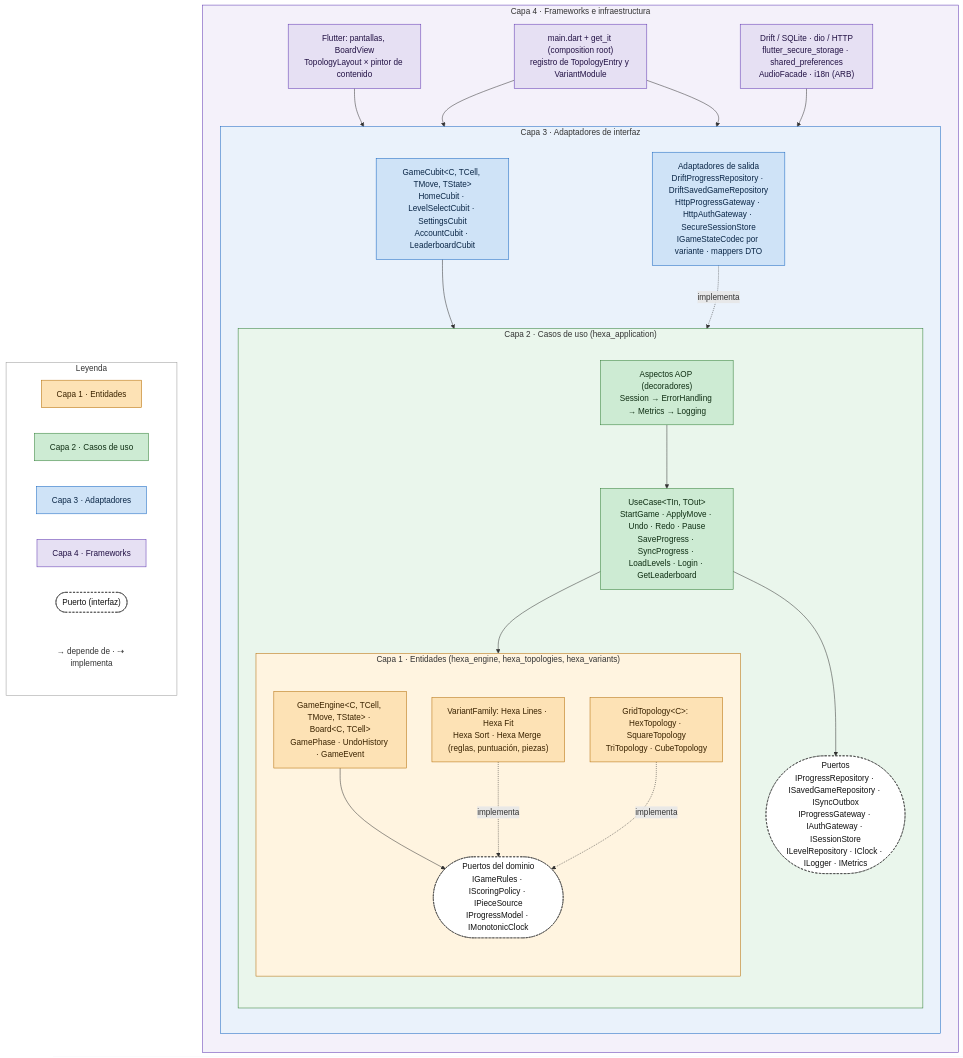
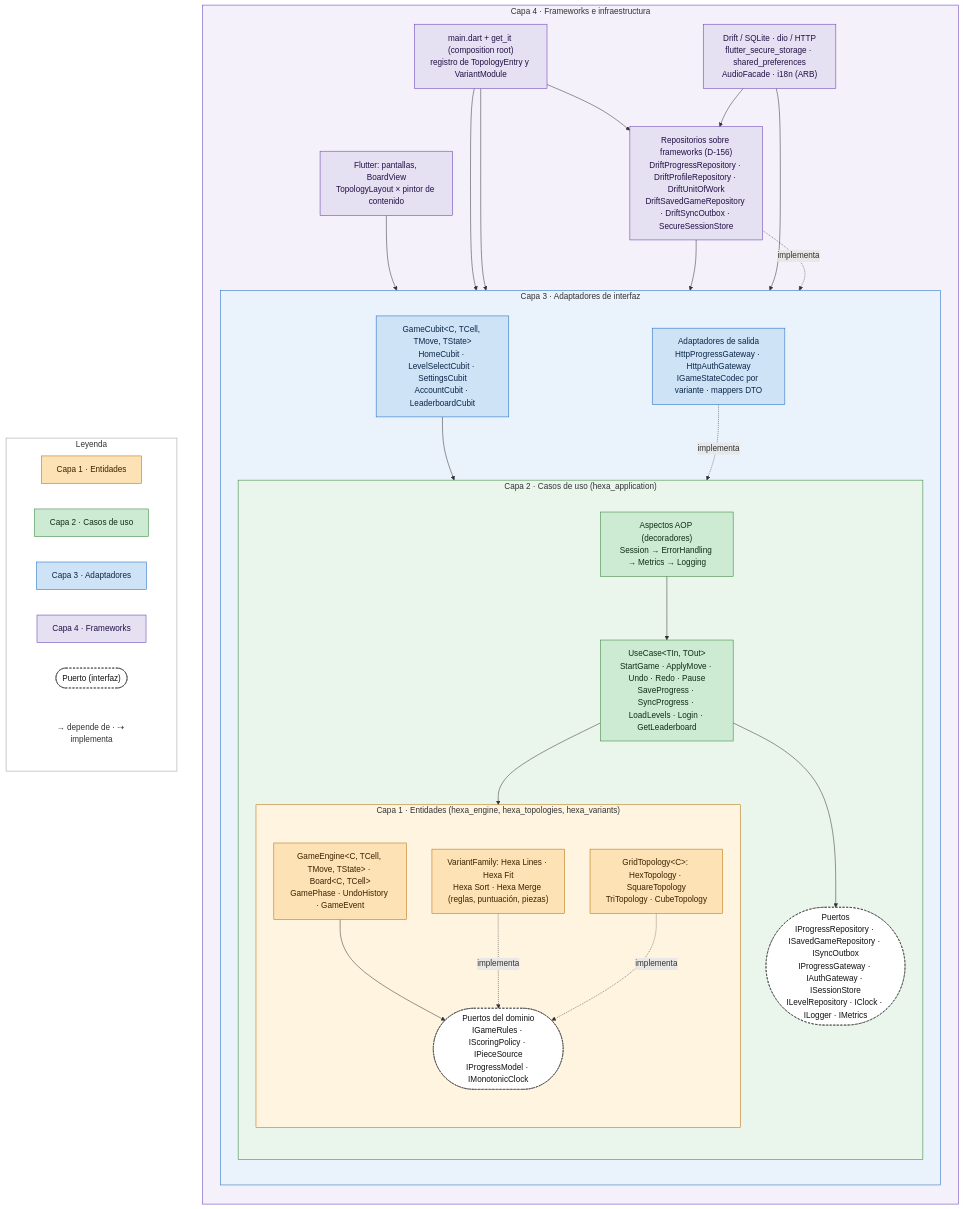
One commit to DanielHaro28/hexablock-app changed the diagram in docs/diagrams/capas.mmd. Above: the diagram before and after it, drawn with Mermaid. The commit also changed 34 other files, not shown here.

First line of the commit message:
feat(persistence): persist profiles and progress locally with drift (PRG-03, 2/2) (#147)

```diff
--- a/docs/diagrams/capas.mmd
+++ b/docs/diagrams/capas.mmd
@@ -1,66 +1,71 @@
 %% Diagrama de capas Clean de hexablock-app (enunciado §4.2). Fuente editable; la imagen es capas.png
 flowchart TB
     subgraph L4["Capa 4 · Frameworks e infraestructura"]
         direction TB
         UI["Flutter: pantallas, BoardView<br/>TopologyLayout × pintor de contenido"]
         FW["Drift / SQLite · dio / HTTP<br/>flutter_secure_storage · shared_preferences<br/>AudioFacade · i18n (ARB)"]
         ROOT["main.dart + get_it (composition root)<br/>registro de TopologyEntry y VariantModule"]
+        REPO["Repositorios sobre frameworks (D-156)<br/>DriftProgressRepository · DriftProfileRepository · DriftUnitOfWork<br/>DriftSavedGameRepository · DriftSyncOutbox · SecureSessionStore"]
         subgraph L3["Capa 3 · Adaptadores de interfaz"]
             direction TB
             CUB["GameCubit&lt;C, TCell, TMove, TState&gt;<br/>HomeCubit · LevelSelectCubit · SettingsCubit<br/>AccountCubit · LeaderboardCubit"]
-            ADP["Adaptadores de salida<br/>DriftProgressRepository · DriftSavedGameRepository<br/>HttpProgressGateway · HttpAuthGateway · SecureSessionStore<br/>IGameStateCodec por variante · mappers DTO"]
+            ADP["Adaptadores de salida<br/>HttpProgressGateway · HttpAuthGateway<br/>IGameStateCodec por variante · mappers DTO"]
             subgraph L2["Capa 2 · Casos de uso (hexa_application)"]
                 direction TB
                 UC["UseCase&lt;TIn, TOut&gt;<br/>StartGame · ApplyMove · Undo · Redo · Pause<br/>SaveProgress · SyncProgress · LoadLevels · Login · GetLeaderboard"]
                 ASP["Aspectos AOP (decoradores)<br/>Session → ErrorHandling → Metrics → Logging"]
                 PORT(["Puertos<br/>IProgressRepository · ISavedGameRepository · ISyncOutbox<br/>IProgressGateway · IAuthGateway · ISessionStore<br/>ILevelRepository · IClock · ILogger · IMetrics"])
                 subgraph L1["Capa 1 · Entidades (hexa_engine, hexa_topologies, hexa_variants)"]
                     direction TB
                     ENG["GameEngine&lt;C, TCell, TMove, TState&gt; · Board&lt;C, TCell&gt;<br/>GamePhase · UndoHistory · GameEvent"]
                     TOP["GridTopology&lt;C&gt;: HexTopology · SquareTopology<br/>TriTopology · CubeTopology"]
                     VAR["VariantFamily: Hexa Lines · Hexa Fit<br/>Hexa Sort · Hexa Merge (reglas, puntuación, piezas)"]
                     DPORT(["Puertos del dominio<br/>IGameRules · IScoringPolicy · IPieceSource<br/>IProgressModel · IMonotonicClock"])
                 end
             end
         end
     end
 
     UI --> CUB
     ROOT --> CUB
     ROOT --> ADP
+    ROOT --> REPO
+    FW --> REPO
+    REPO --> ADP
     FW --> ADP
     CUB --> ASP
     ASP --> UC
     UC --> PORT
     ADP -. implementa .-> PORT
+    REPO -. implementa .-> PORT
     UC --> ENG
     ENG --> DPORT
     VAR -. implementa .-> DPORT
     TOP -. implementa .-> DPORT
 
     subgraph LEG["Leyenda"]
         direction LR
         K1["Capa 1 · Entidades"]:::c1
         K2["Capa 2 · Casos de uso"]:::c2
         K3["Capa 3 · Adaptadores"]:::c3
         K4["Capa 4 · Frameworks"]:::c4
         KP(["Puerto (interfaz)"]):::port
         KA["→ depende de · ⇢ implementa"]:::note
     end
 
     classDef c1 fill:#FDE2B5,stroke:#B26A00,color:#3A2300
     classDef c2 fill:#CDEBD3,stroke:#2E7D32,color:#0F2E13
     classDef c3 fill:#CFE3F7,stroke:#1565C0,color:#0B2747
     classDef c4 fill:#E6E0F3,stroke:#5E35B1,color:#221144
     classDef port fill:#FFFFFF,stroke:#333333,stroke-dasharray:4 3,color:#111111
     classDef note fill:#FFFFFF,stroke:#FFFFFF,color:#333333
     class ENG,TOP,VAR c1
     class UC,ASP c2
     class CUB,ADP c3
-    class UI,FW,ROOT c4
+    class UI,FW,ROOT,REPO c4
     class PORT,DPORT port
     style L1 fill:#FFF4E0,stroke:#B26A00
     style L2 fill:#EAF6EC,stroke:#2E7D32
     style L3 fill:#EAF2FB,stroke:#1565C0
     style L4 fill:#F4F1FA,stroke:#5E35B1
     style LEG fill:#FFFFFF,stroke:#999999
```
